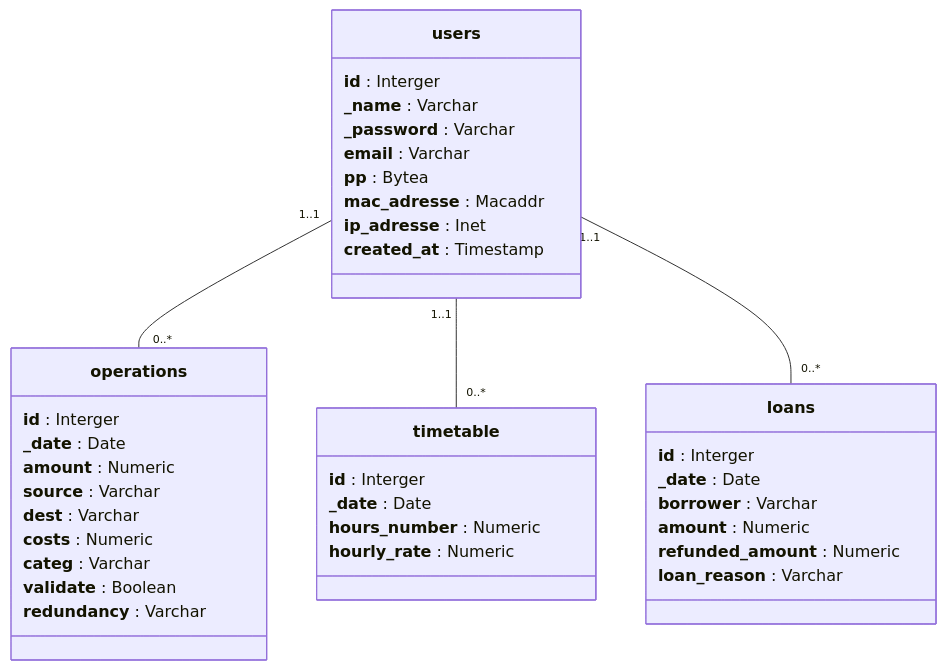
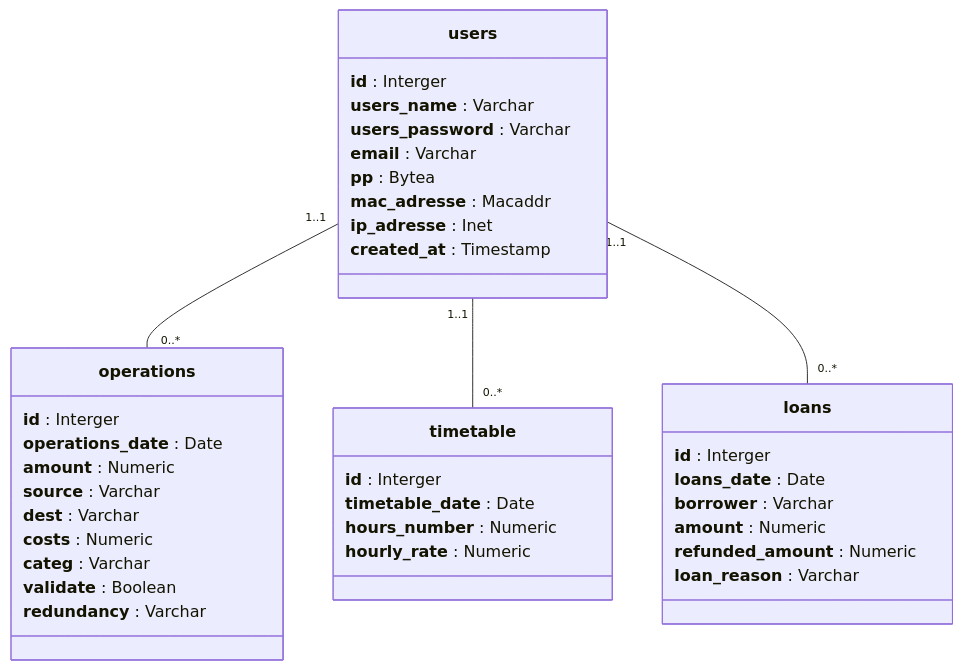
The second of 2 diagrams in README.md (FloRobart/Econoris_server), drawn with Mermaid before and after one commit. The commit also changed other lines of this file and 17 other files, not shown here.

````diff
--- a/README.md
+++ b/README.md
@@ -64,47 +67,47 @@
 ```mermaid
 classDiagram
   direction TB
 
   class users{
     **id** : Interger
-    **_name** : Varchar
-    **_password** : Varchar
+    **users_name** : Varchar
+    **users_password** : Varchar
     **email** : Varchar
     **pp** : Bytea
     **mac_adresse** : Macaddr
     **ip_adresse** : Inet
     **created_at** : Timestamp
   }
 
   class operations{
     **id** : Interger
-    **_date** : Date
+    **operations_date** : Date
     **amount** : Numeric
     **source** : Varchar
     **dest** : Varchar
     **costs** : Numeric
     **categ** : Varchar
     **validate** : Boolean
     **redundancy** : Varchar
   }
 
   class loans {
     **id** : Interger
-    **_date** : Date
+    **loans_date** : Date
     **borrower** : Varchar
     **amount** : Numeric
     **refunded_amount** : Numeric
     **loan_reason** : Varchar
   }
 
   class timetable{
     **id** : Interger
-    **_date** : Date
+    **timetable_date** : Date
     **hours_number** : Numeric
     **hourly_rate** : Numeric
   }
 
   users "1..1" -- "0..*" operations
   users "1..1" -- "0..*" timetable
   users "1..1" -- "0..*" loans
 ```
````
